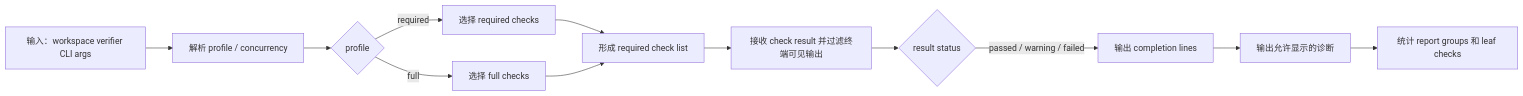
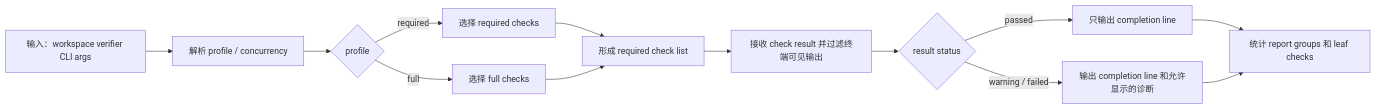
Before and after one commit to zxyycom/docnav: the fifth of 9 diagrams in docs/testing/cases.md, drawn with Mermaid. The commit also changed other lines of this file and 2 other files, not shown here.

Commit message:
fix：禁止 passed 检查泄露过程输出
- passed 状态仅保留 completion line，不再依赖成功日志黑名单
- warning 与 failed 继续保留允许显示的可行动诊断
- 验证通过 bun test scripts/docnav-workspace/verify.test.ts 和 bun run validate:docs -- cases

````diff
--- a/docs/testing/cases.md
+++ b/docs/testing/cases.md
@@ -809,14 +809,15 @@
 ```mermaid
 flowchart LR
   A["输入：workspace verifier CLI args"] --> B["解析 profile / concurrency"]
   B --> C{"profile"}
   C -->|"required"| D["选择 required checks"]
   C -->|"full"| E["选择 full checks"]
   D --> F["形成 required check list"]
   E --> F
   F --> H["接收 check result 并过滤终端可见输出"]
   H --> I{"result status"}
-  I -->|"passed / warning / failed"| J["输出 completion lines"]
-  J --> K["输出允许显示的诊断"]
-  K --> L["统计 report groups 和 leaf checks"]
+  I -->|"passed"| J["只输出 completion line"]
+  I -->|"warning / failed"| K["输出 completion line 和允许显示的诊断"]
+  J --> L["统计 report groups 和 leaf checks"]
+  K --> L
 ```
````
